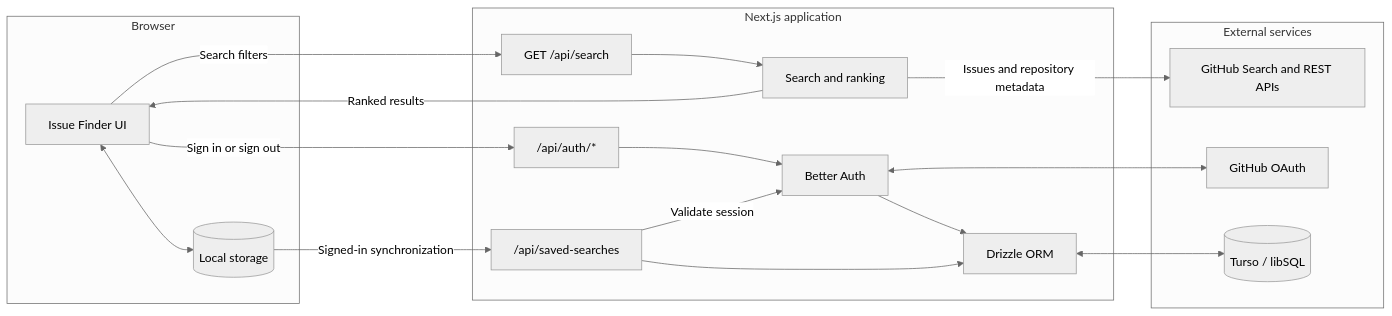
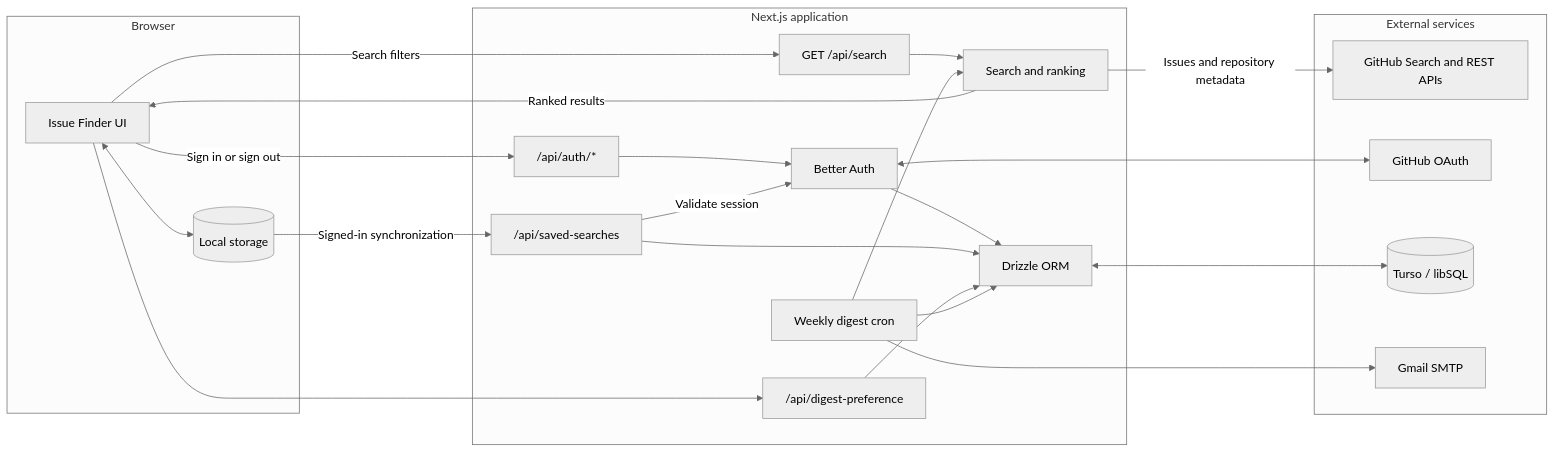
One commit to PramudithaN/openissue.dev changed the diagram in doc/architecture.md. Above: the diagram before and after it, drawn with Mermaid (neutral theme). The commit also changed other lines of this file and 40 other files, not shown here.

````diff
--- a/doc/architecture.md
+++ b/doc/architecture.md
@@ -7,38 +7,46 @@
 ```mermaid
 flowchart LR
   subgraph Client[Browser]
     UI[Issue Finder UI]
     Local[(Local storage)]
     UI <--> Local
   end
 
   subgraph App[Next.js application]
     SearchAPI["GET /api/search"]
     SearchService[Search and ranking]
     AuthAPI["/api/auth/*"]
     BetterAuth[Better Auth]
     SavedAPI["/api/saved-searches"]
+    DigestAPI["/api/digest-preference"]
+    DigestCron["Weekly digest cron"]
     Drizzle[Drizzle ORM]
   end
 
   subgraph External[External services]
     GitHubAPI[GitHub Search and REST APIs]
     GitHubOAuth[GitHub OAuth]
     Turso[(Turso / libSQL)]
+    EmailAPI[Gmail SMTP]
   end
 
   UI -->|Search filters| SearchAPI
   SearchAPI --> SearchService
   SearchService -->|Issues and repository metadata| GitHubAPI
   SearchService -->|Ranked results| UI
 
   UI -->|Sign in or sign out| AuthAPI
   AuthAPI --> BetterAuth
   BetterAuth <--> GitHubOAuth
   BetterAuth --> Drizzle
 
   Local -->|Signed-in synchronization| SavedAPI
   SavedAPI -->|Validate session| BetterAuth
   SavedAPI --> Drizzle
+  UI --> DigestAPI
+  DigestAPI --> Drizzle
+  DigestCron --> Drizzle
+  DigestCron --> SearchService
+  DigestCron --> EmailAPI
   Drizzle <--> Turso
 ```
````
